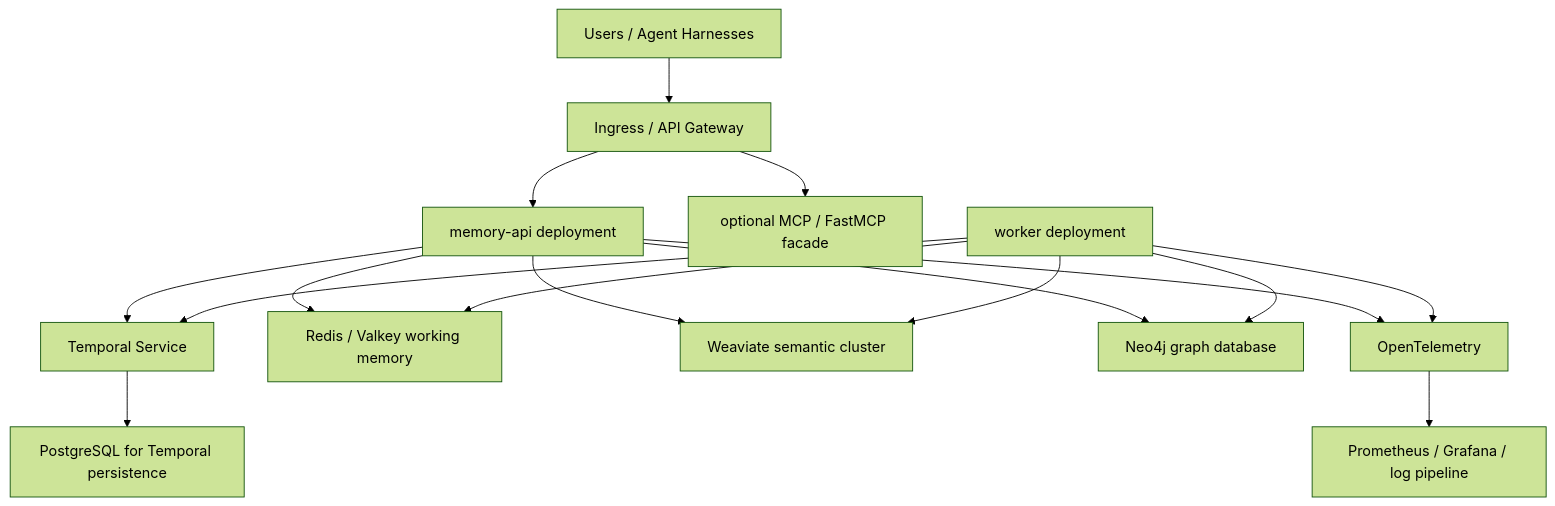
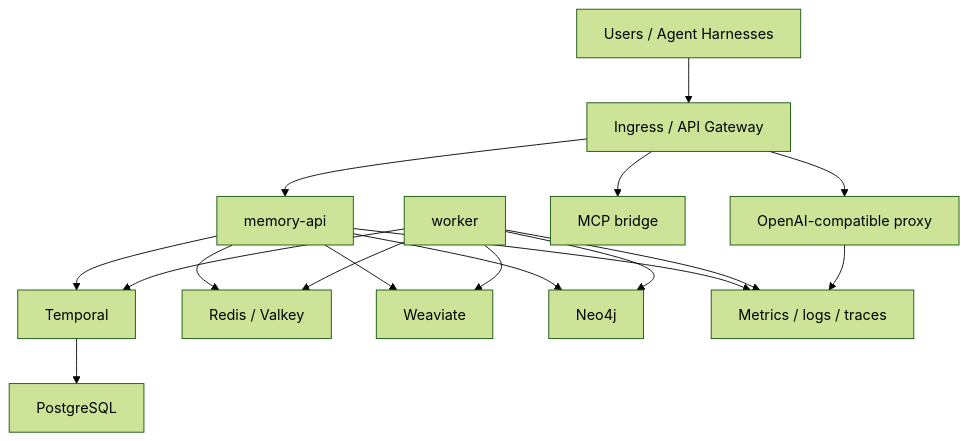
Before and after one commit to EddiksonPena/ORCA: the diagram in docs/deployment/distributed-open-source-deployment.md, drawn with Mermaid (forest theme). The commit also changed other lines of this file and 16 other files, not shown here.

````diff
--- a/docs/deployment/distributed-open-source-deployment.md
+++ b/docs/deployment/distributed-open-source-deployment.md
@@ -22,21 +17,22 @@
 ```mermaid
 flowchart TD
     U["Users / Agent Harnesses"] --> I["Ingress / API Gateway"]
-    I --> A["memory-api deployment"]
-    I --> M["optional MCP / FastMCP facade"]
+    I --> A["memory-api"]
+    I --> P["OpenAI-compatible proxy"]
+    I --> M["MCP bridge"]
 
-    A --> T["Temporal Service"]
-    A --> R["Redis / Valkey working memory"]
-    A --> W["Weaviate semantic cluster"]
-    A --> N["Neo4j graph database"]
+    A --> T["Temporal"]
+    A --> R["Redis / Valkey"]
+    A --> W["Weaviate"]
+    A --> N["Neo4j"]
 
-    B["worker deployment"] --> T
+    B["worker"] --> T
     B --> R
     B --> W
     B --> N
 
-    T --> P["PostgreSQL for Temporal persistence"]
-    A --> O["OpenTelemetry"]
+    T --> S["PostgreSQL"]
+    A --> O["Metrics / logs / traces"]
     B --> O
-    O --> G["Prometheus / Grafana / log pipeline"]
+    P --> O
 ```
````
